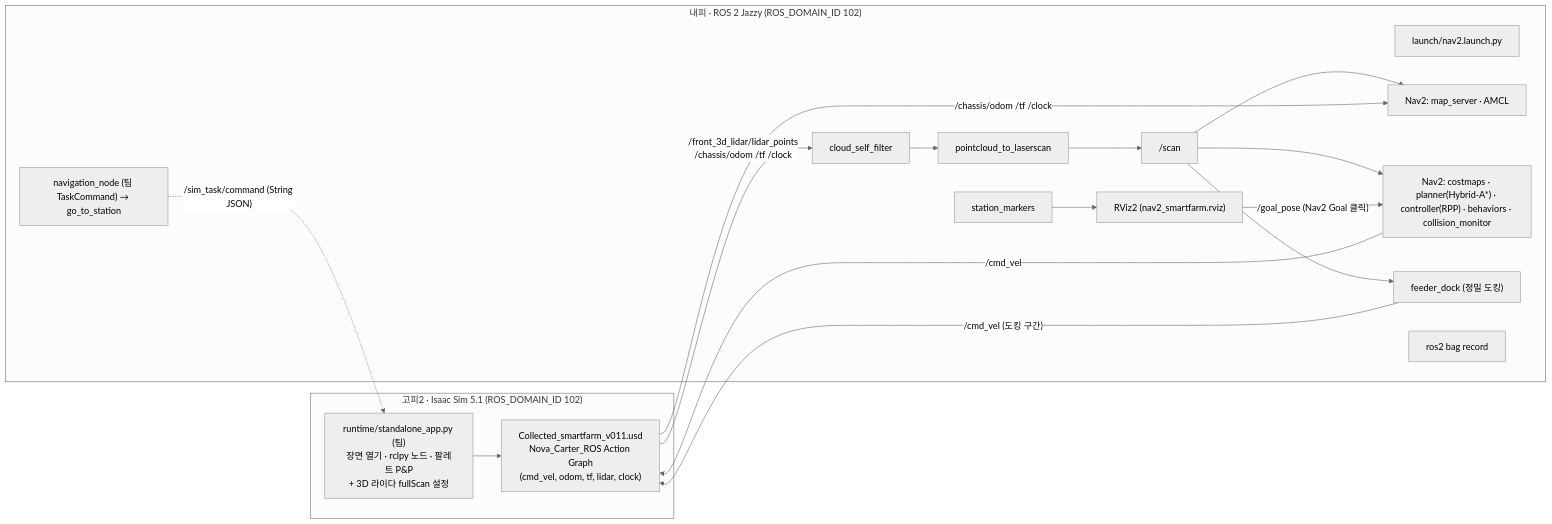
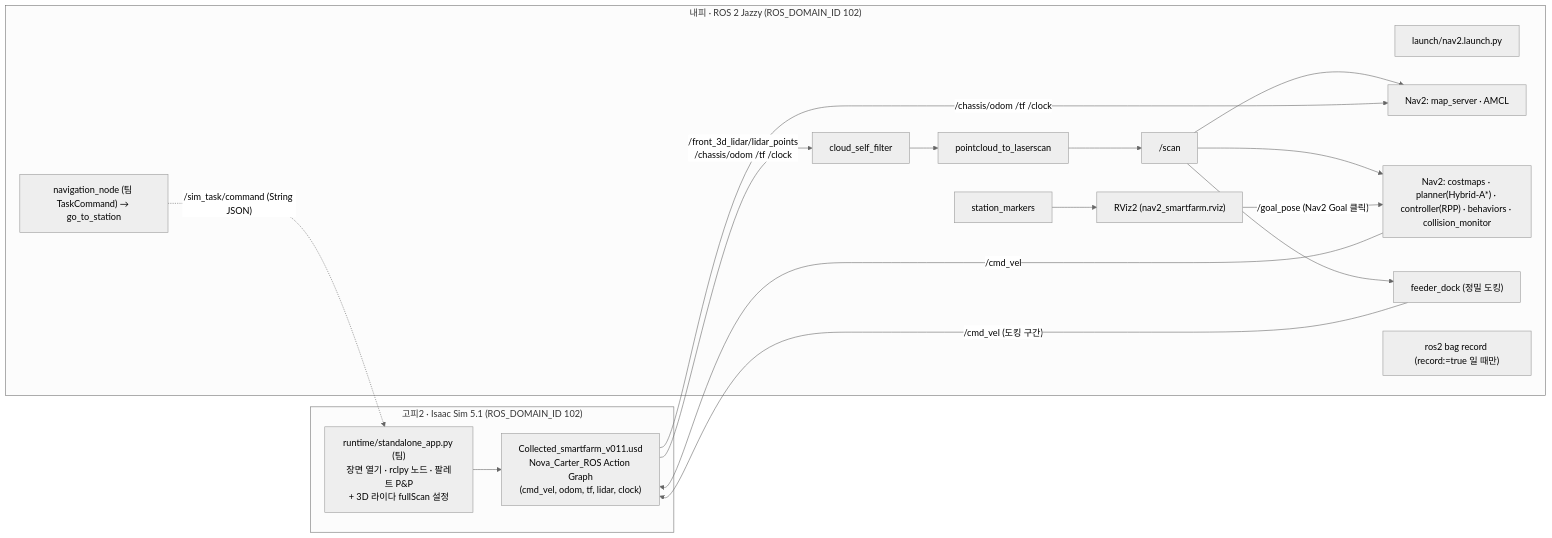
One commit to shbong06-sketch/ROKEY_P3_A1 changed the first of 4 diagrams in cobot3_ws/src/smart_farm_navigation/docs/architecture.md. Above: the diagram before and after it, drawn with Mermaid (neutral theme). The commit also changed other lines of this file and 6 other files, not shown here.

````diff
--- a/cobot3_ws/src/smart_farm_navigation/docs/architecture.md
+++ b/cobot3_ws/src/smart_farm_navigation/docs/architecture.md
@@ -9,24 +10,24 @@
 ```mermaid
 flowchart LR
     subgraph GOPI["고피2 · Isaac Sim 5.1 (ROS_DOMAIN_ID 102)"]
         APP["runtime/standalone_app.py (팀)<br>장면 열기 · rclpy 노드 · 팔레트 P&P<br>+ 3D 라이다 fullScan 설정"]
         USD["Collected_smartfarm_v011.usd<br>Nova_Carter_ROS Action Graph<br>(cmd_vel, odom, tf, lidar, clock)"]
         APP --> USD
     end
     subgraph NAEPI["내피 · ROS 2 Jazzy (ROS_DOMAIN_ID 102)"]
         L["launch/nav2.launch.py"]
         F["cloud_self_filter"] --> P["pointcloud_to_laserscan"] --> S["/scan"]
         S --> AMCL["Nav2: map_server · AMCL"]
         S --> CM["Nav2: costmaps · planner(Hybrid-A*) · controller(RPP) · behaviors · collision_monitor"]
         S --> D["feeder_dock (정밀 도킹)"]
         M["station_markers"] --> RV["RViz2 (nav2_smartfarm.rviz)"]
-        B["ros2 bag record"]
+        B["ros2 bag record (record:=true 일 때만)"]
         NN["navigation_node (팀 TaskCommand) → go_to_station"]
     end
     USD -- "/front_3d_lidar/lidar_points<br>/chassis/odom /tf /clock" --> F
     USD -- "/chassis/odom /tf /clock" --> AMCL
     RV -- "/goal_pose (Nav2 Goal 클릭)" --> CM
     CM -- "/cmd_vel" --> USD
     D -- "/cmd_vel (도킹 구간)" --> USD
     NN -. "/sim_task/command (String JSON)" .-> APP
 ```
````
